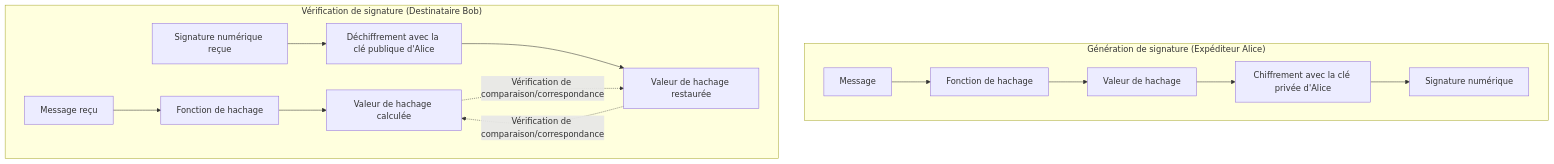
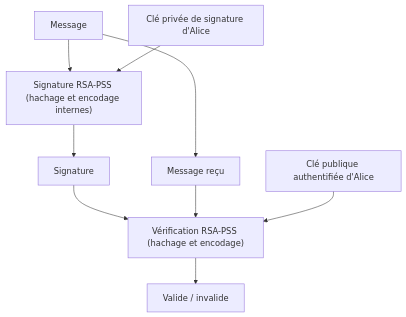
One commit to kenjinote/blog changed the second of 3 diagrams in content/post/modern-cryptography-public-key-hash-signature/index.fr.md. Above: the diagram before and after it, drawn with Mermaid. The commit also changed other lines of this file and 6 other files, not shown here.

````diff
--- a/content/post/modern-cryptography-public-key-hash-signature/index.fr.md
+++ b/content/post/modern-cryptography-public-key-hash-signature/index.fr.md
@@ -231,20 +217,11 @@
 ```mermaid
 graph TD
-    subgraph "Génération de signature (Expéditeur Alice)"
-        M1["Message"] --> H1["Fonction de hachage"]
-        H1 --> Hash1["Valeur de hachage"]
-        Hash1 --> Sign["Chiffrement avec la clé privée d'Alice"]
-        Sign --> Sig["Signature numérique"]
-    end
-
-    subgraph "Vérification de signature (Destinataire Bob)"
-        M2["Message reçu"] --> H2["Fonction de hachage"]
-        H2 --> Hash2["Valeur de hachage calculée"]
-        
-        Sig2["Signature numérique reçue"] --> Ver["Déchiffrement avec la clé publique d'Alice"]
-        Ver --> Hash3["Valeur de hachage restaurée"]
-        
-        Hash2 -.->|"Vérification de comparaison/correspondance"| Hash3
-        Hash3 -.->|"Vérification de comparaison/correspondance"| Hash2
-    end
+    M["Message"] --> S["Signature RSA-PSS (hachage et encodage internes)"]
+    SK["Clé privée de signature d'Alice"] --> S
+    S --> SIG["Signature"]
+    M --> RM["Message reçu"]
+    SIG --> V["Vérification RSA-PSS (hachage et encodage)"]
+    RM --> V
+    PK["Clé publique authentifiée d'Alice"] --> V
+    V --> R["Valide / invalide"]
 ```
````
